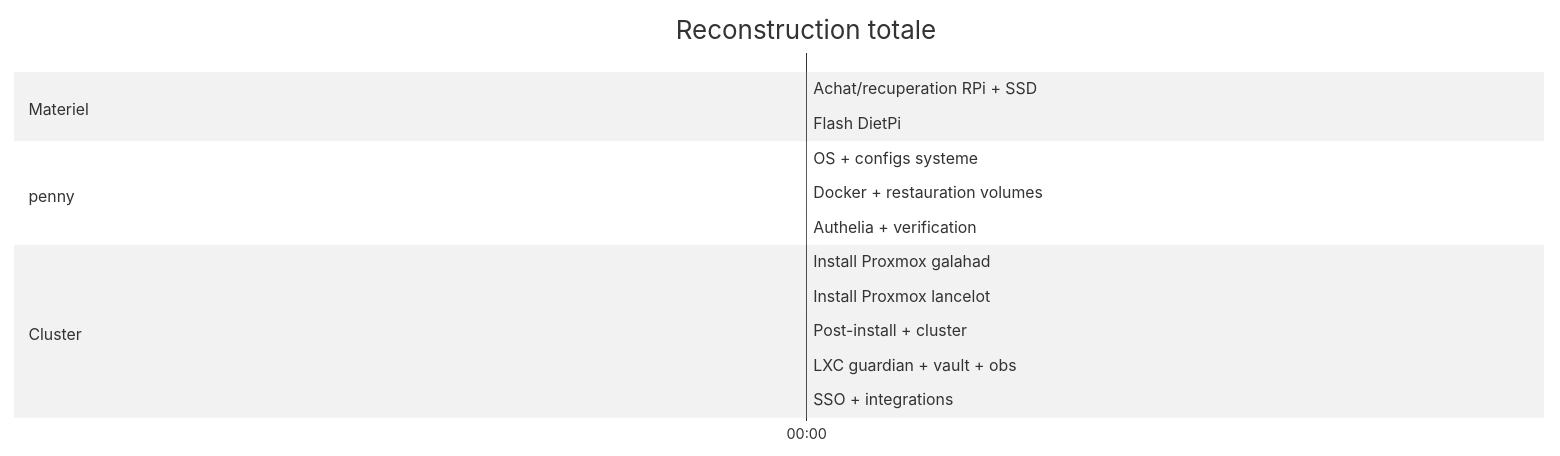
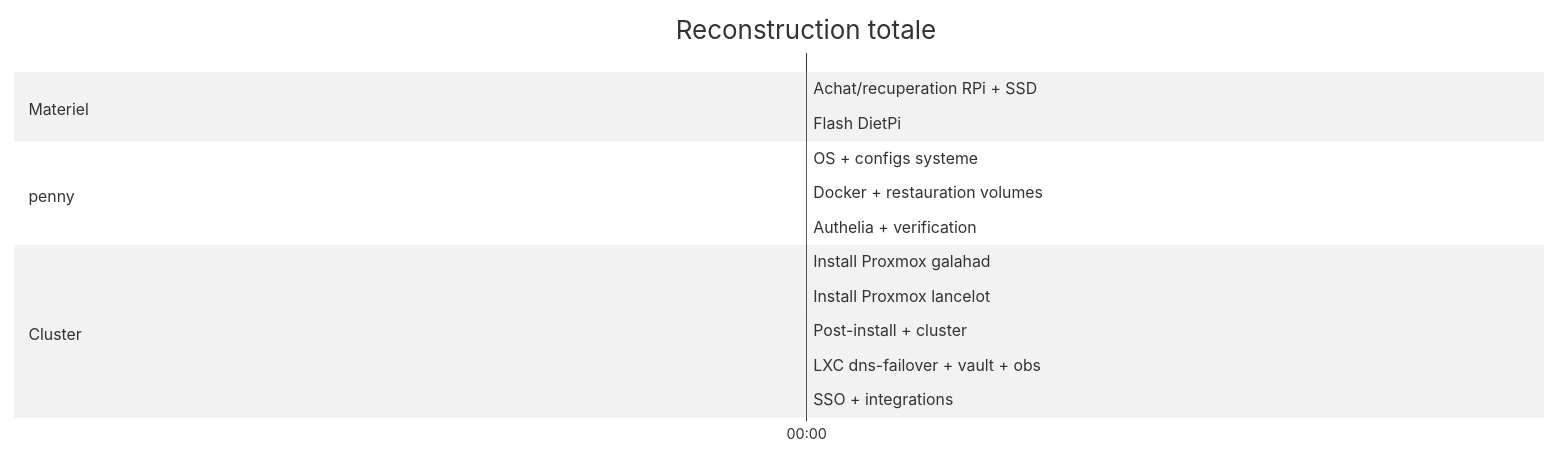
One commit to GabinSMD/homelab-doc changed the second of 2 diagrams in docs/infrastructure/break-glass.md. Above: the diagram before and after it, drawn with Mermaid (neutral theme). The commit also changed other lines of this file and 8 other files, not shown here.

First line of the commit message:
rename guardian -> dns-failover, switch.lan, cleanup DNS rewrites

````diff
--- a/docs/infrastructure/break-glass.md
+++ b/docs/infrastructure/break-glass.md
@@ -497,22 +497,22 @@
 ```mermaid
 gantt
     title Reconstruction totale
     dateFormat HH:mm
     axisFormat %H:%M
 
     section Materiel
     Achat/recuperation RPi + SSD     :a1, 00:00, 30min
     Flash DietPi                     :a2, after a1, 15min
 
     section penny
     OS + configs systeme             :b1, after a2, 30min
     Docker + restauration volumes    :b2, after b1, 45min
     Authelia + verification          :b3, after b2, 30min
 
     section Cluster
     Install Proxmox galahad          :c1, after a2, 30min
     Install Proxmox lancelot         :c2, after a2, 30min
     Post-install + cluster           :c3, after c1, 15min
-    LXC guardian + vault + obs       :c4, after c3, 45min
+    LXC dns-failover + vault + obs   :c4, after c3, 45min
     SSO + integrations               :c5, after c4, 30min
 ```
````
